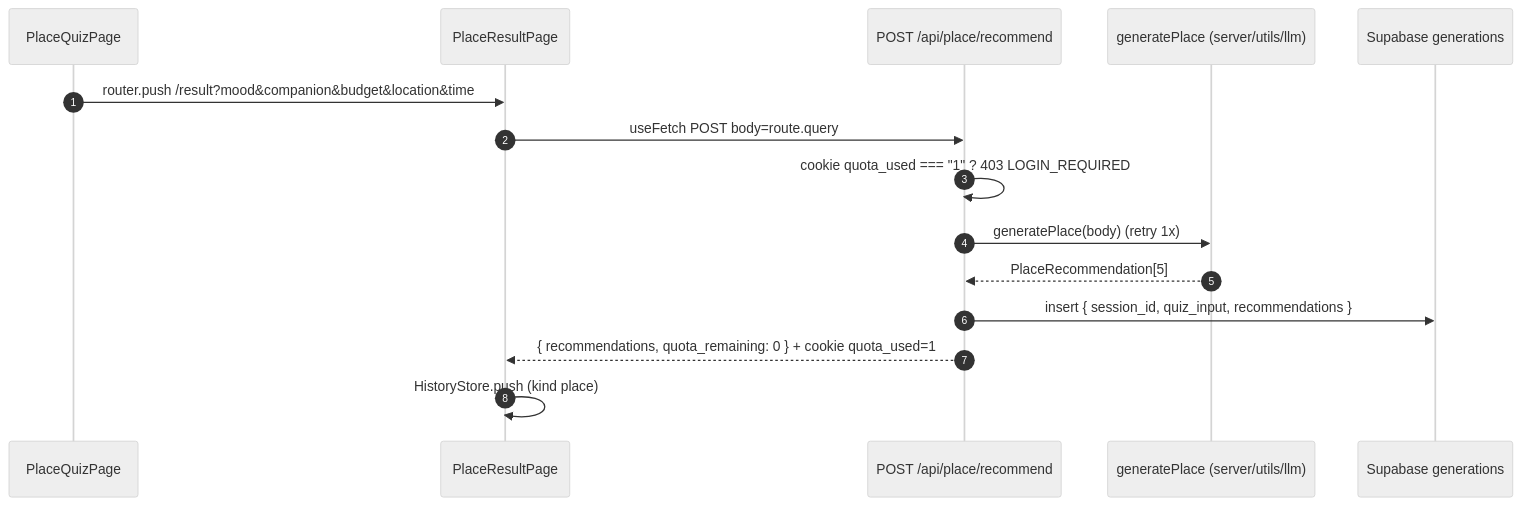
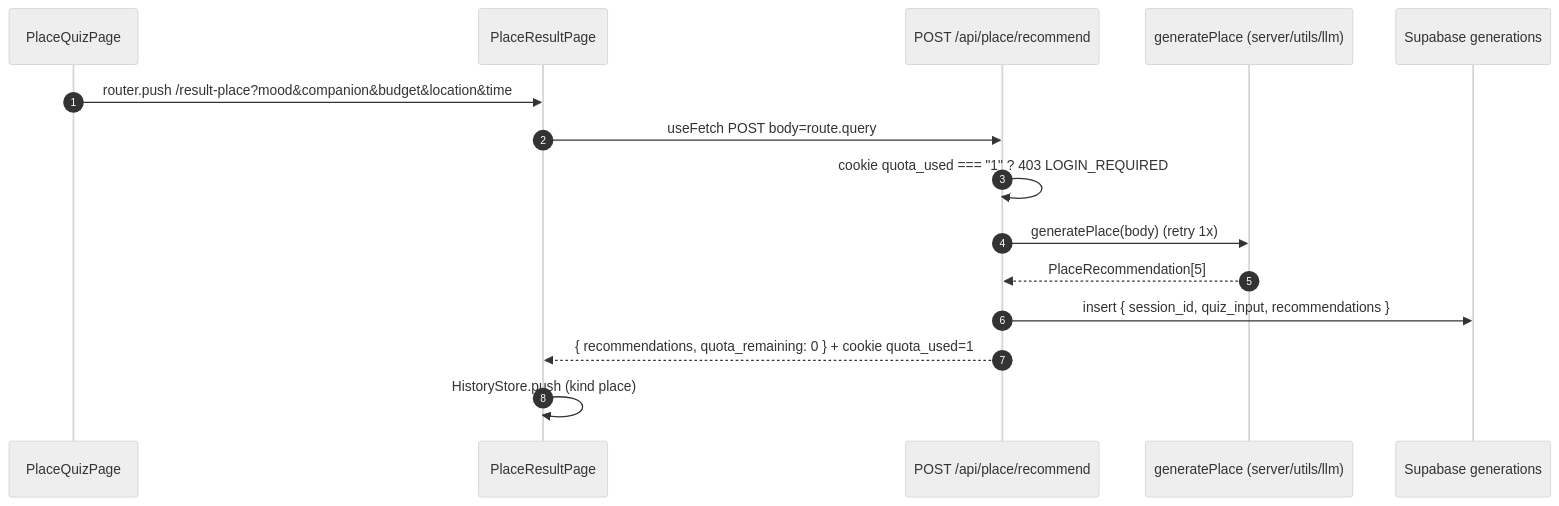
One commit to agestasaputra/wikendo-web-app changed the diagram in docs/architecture/flows/quiz-place/README.md. Above: the diagram before and after it, drawn with Mermaid (neutral theme). The commit also changed other lines of this file and 35 other files, not shown here.

First line of the commit message:
refactor(routes): rename /quiz->/place and /result->/result-place with query-preserving 301 redirects

````diff
--- a/docs/architecture/flows/quiz-place/README.md
+++ b/docs/architecture/flows/quiz-place/README.md
@@ -33,17 +33,17 @@
 ```mermaid
 sequenceDiagram
     autonumber
     participant Q as PlaceQuizPage
     participant R as PlaceResultPage
     participant API as POST /api/place/recommend
     participant LLM as generatePlace (server/utils/llm)
     participant DB as Supabase generations
-    Q->>R: router.push /result?mood&companion&budget&location&time
+    Q->>R: router.push /result-place?mood&companion&budget&location&time
     R->>API: useFetch POST body=route.query
     API->>API: cookie quota_used === "1" ? 403 LOGIN_REQUIRED
     API->>LLM: generatePlace(body) (retry 1x)
     LLM-->>API: PlaceRecommendation[5]
     API->>DB: insert { session_id, quiz_input, recommendations }
     API-->>R: { recommendations, quota_remaining: 0 } + cookie quota_used=1
     R->>R: HistoryStore.push (kind place)
 ```
````
